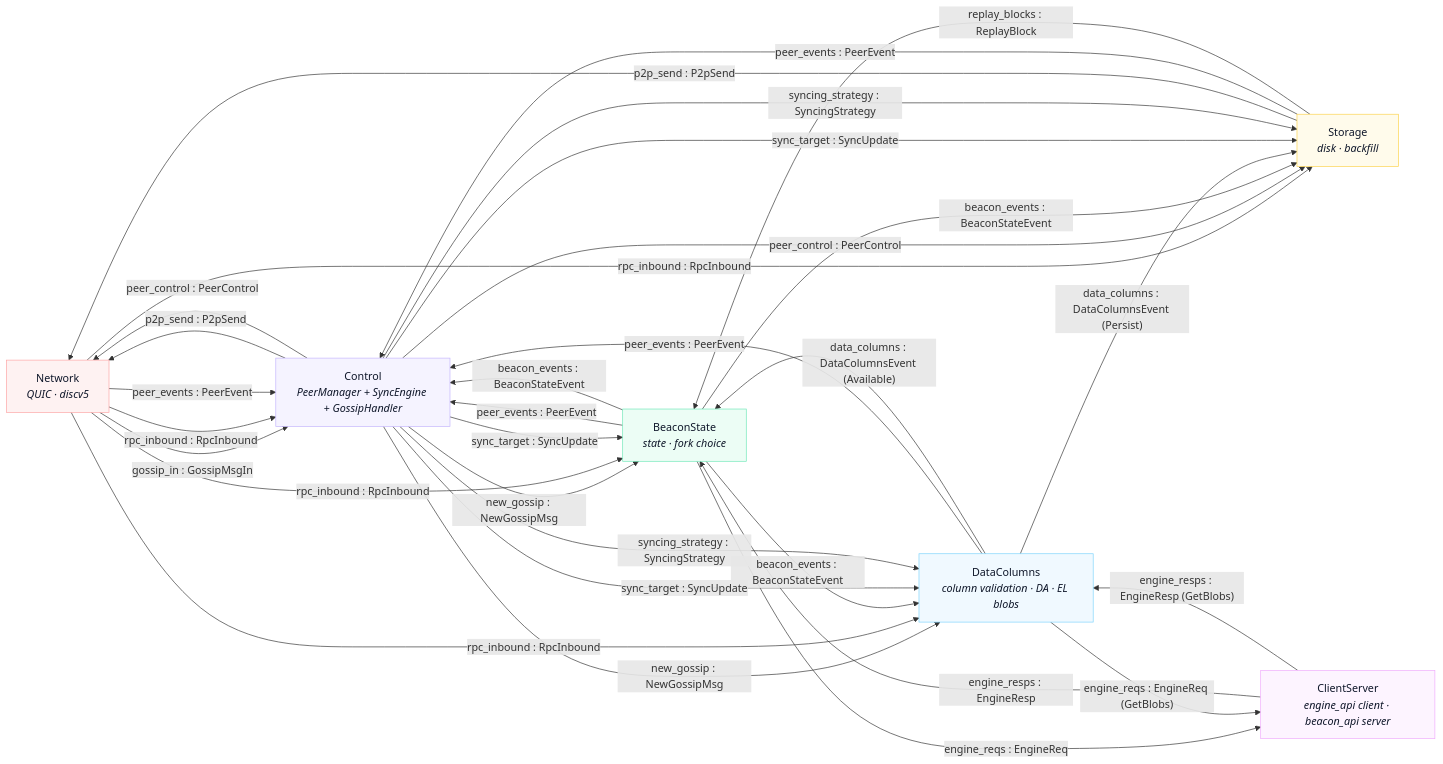
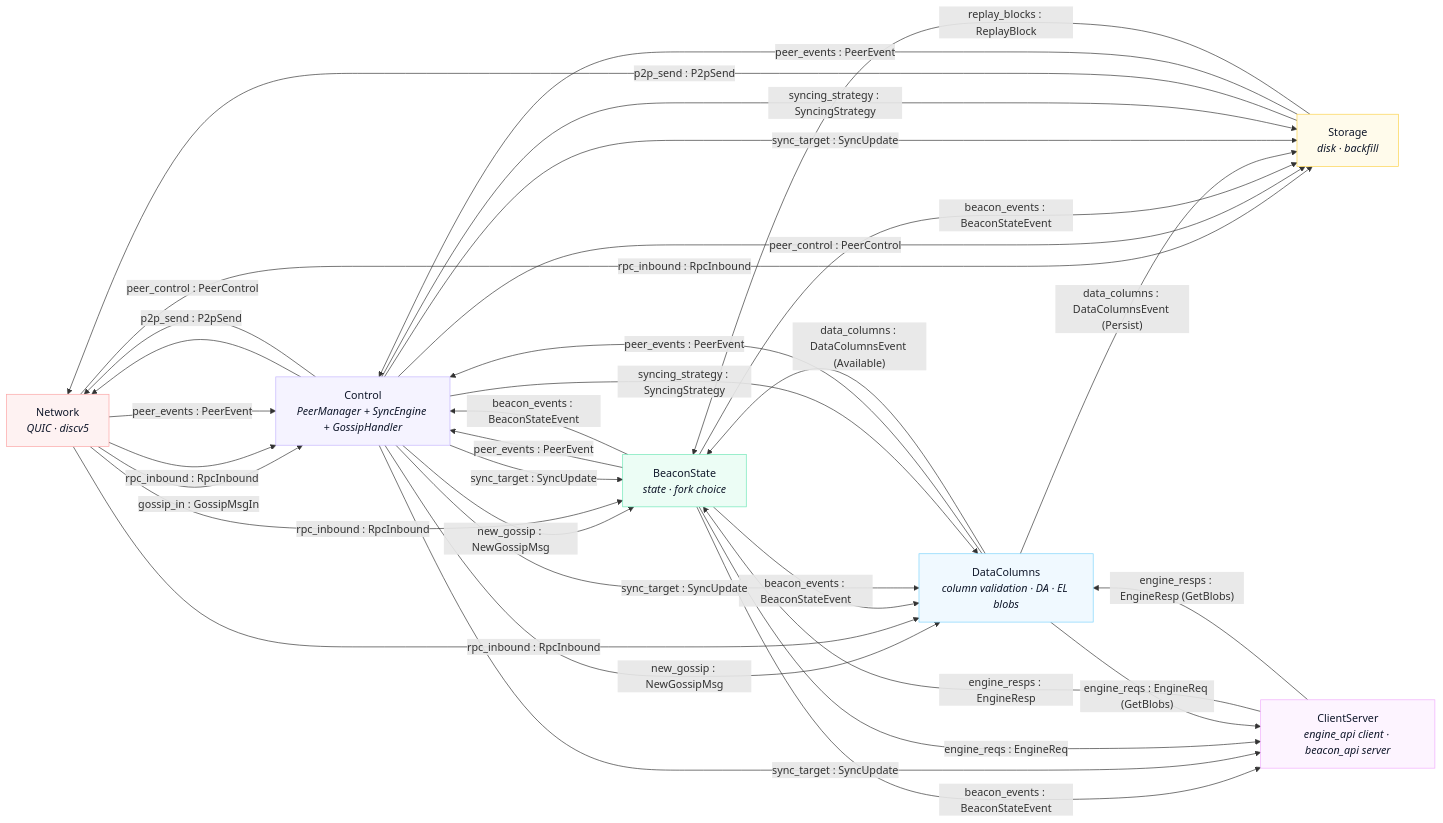
The diagram in docs/spine-message-flow.md (gattaca-com/silver), drawn with Mermaid before and after one commit. The commit also changed other lines of this file, not shown here.

First line of the commit message:
Doc: ClientServer consumes beacon_events and sync_target for node status

````diff
--- a/docs/spine-message-flow.md
+++ b/docs/spine-message-flow.md
@@ -15,59 +15,61 @@
 ```mermaid
 flowchart LR
   NET["Network<br/><i>QUIC · discv5</i>"]
   CTL["Control<br/><i>PeerManager + SyncEngine + GossipHandler</i>"]
   BS["BeaconState<br/><i>state · fork choice</i>"]
   ST["Storage<br/><i>disk · backfill</i>"]
   EN["ClientServer<br/><i>engine_api client · beacon_api server</i>"]
   DC["DataColumns<br/><i>column validation · DA · EL blobs</i>"]
 
   %% ---- inbound ----
   NET -->|gossip_in : GossipMsgIn| CTL
   CTL -->|new_gossip : NewGossipMsg| BS
   CTL -->|new_gossip : NewGossipMsg| DC
   NET -->|rpc_inbound : RpcInbound| CTL
   NET -->|rpc_inbound : RpcInbound| BS
   NET -->|rpc_inbound : RpcInbound| ST
   NET -->|rpc_inbound : RpcInbound| DC
 
   %% ---- outbound ----
   CTL -->|p2p_send : P2pSend| NET
   ST  -->|p2p_send : P2pSend| NET
 
   %% ---- peer management ----
   NET -->|peer_events : PeerEvent| CTL
   ST  -->|peer_events : PeerEvent| CTL
   BS  -->|peer_events : PeerEvent| CTL
   DC  -->|peer_events : PeerEvent| CTL
   CTL -->|peer_control : PeerControl| NET
   CTL -->|peer_control : PeerControl| ST
 
   %% ---- chain state & DA ----
   BS -->|beacon_events : BeaconStateEvent| CTL
   BS -->|beacon_events : BeaconStateEvent| ST
   BS -->|beacon_events : BeaconStateEvent| DC
+  BS -->|beacon_events : BeaconStateEvent| EN
   DC -->|"data_columns : DataColumnsEvent (Available)"| BS
   DC -->|"data_columns : DataColumnsEvent (Persist)"| ST
   ST -->|replay_blocks : ReplayBlock| BS
 
   %% ---- sync control ----
   CTL -->|sync_target : SyncUpdate| BS
   CTL -->|sync_target : SyncUpdate| ST
   CTL -->|sync_target : SyncUpdate| DC
+  CTL -->|sync_target : SyncUpdate| EN
   CTL -->|syncing_strategy : SyncingStrategy| ST
   CTL -->|syncing_strategy : SyncingStrategy| DC
 
   %% ---- engine / EL ----
   BS -->|engine_reqs : EngineReq| EN
   DC -->|"engine_reqs : EngineReq (GetBlobs)"| EN
   EN -->|engine_resps : EngineResp| BS
   EN -->|"engine_resps : EngineResp (GetBlobs)"| DC
 
   classDef net fill:#fef2f2,stroke:#fca5a5,color:#0f172a;
   classDef ctl fill:#f5f3ff,stroke:#c4b5fd,color:#0f172a;
   classDef bs  fill:#ecfdf5,stroke:#6ee7b7,color:#0f172a;
   classDef st  fill:#fffbeb,stroke:#fcd34d,color:#0f172a;
   classDef en  fill:#fdf4ff,stroke:#f0abfc,color:#0f172a;
   classDef dc  fill:#f0f9ff,stroke:#7dd3fc,color:#0f172a;
   class NET net; class CTL ctl; class BS bs; class ST st; class EN en; class DC dc;
 ```
````
